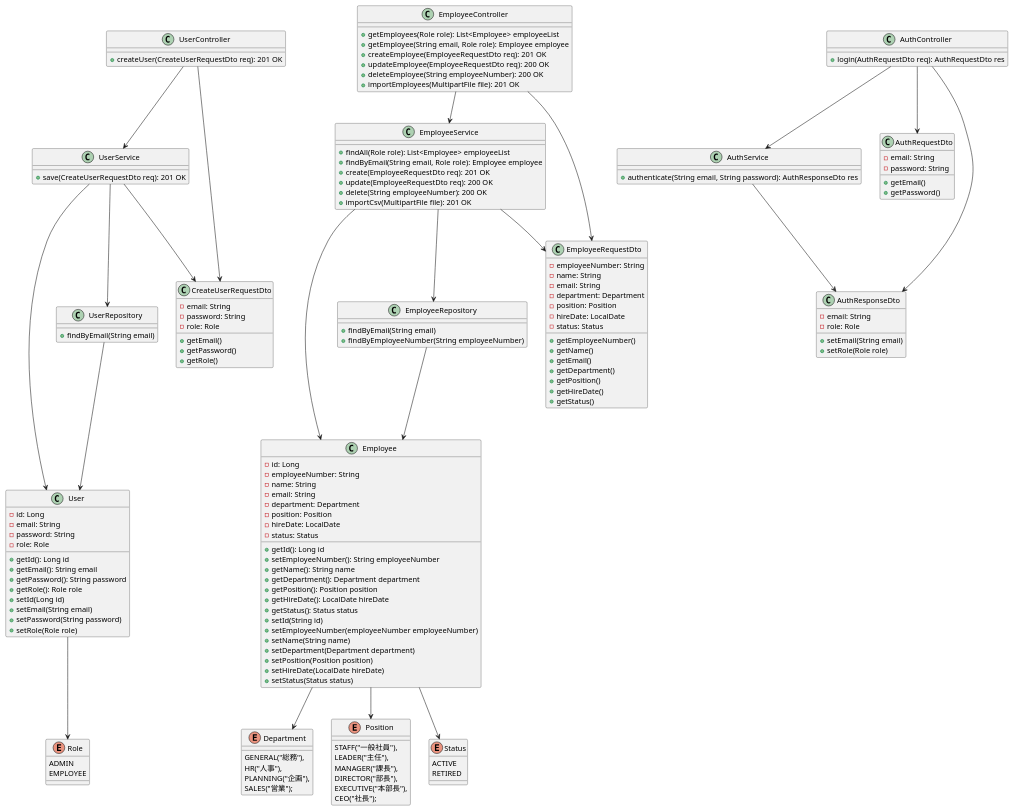
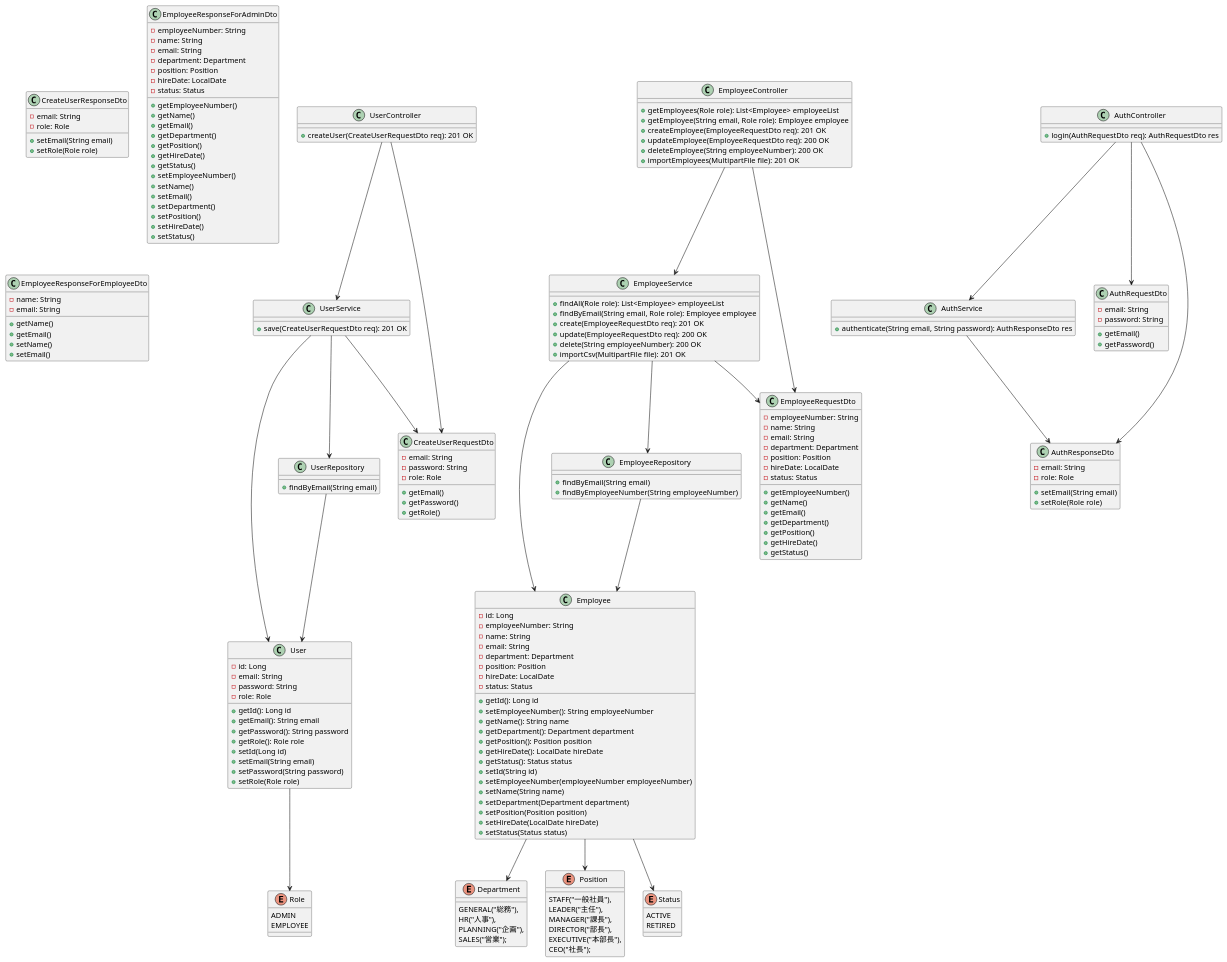
The diagram in uml/code/class.puml (tettamasuyama/group-assignment), drawn with PlantUML before and after one commit.

Commit message:
fix: ReaponseDTOを作成

```diff
--- a/uml/code/class.puml
+++ b/uml/code/class.puml
@@ -195,6 +195,14 @@
   + getRole()
 }
 
+class CreateUserResponseDto {
+  - email: String
+  - role: Role
+
+  + setEmail(String email)
+  + setRole(Role role)
+}
+
 class EmployeeRequestDto {
   - employeeNumber: String
   - name: String
@@ -213,4 +221,38 @@
   + getStatus()
 }
 
+class EmployeeResponseForAdminDto {
+  - employeeNumber: String
+  - name: String
+  - email: String
+  - department: Department
+  - position: Position
+  - hireDate: LocalDate
+  - status: Status
+
+  + getEmployeeNumber()
+  + getName()
+  + getEmail()
+  + getDepartment()
+  + getPosition()
+  + getHireDate()
+  + getStatus() 
+  + setEmployeeNumber()
+  + setName()
+  + setEmail()
+  + setDepartment()
+  + setPosition()
+  + setHireDate()
+  + setStatus() 
+}
+
+class EmployeeResponseForEmployeeDto {
+  - name: String
+  - email: String
+
+  + getName()
+  + getEmail()
+  + setName()
+  + setEmail()
+}
 @enduml
```
